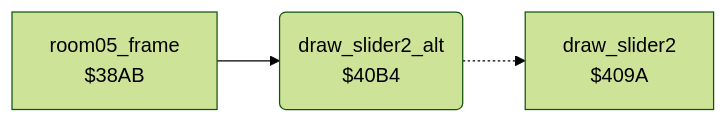
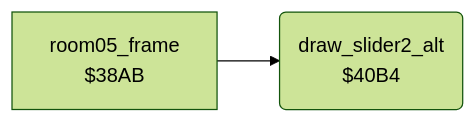
One commit to henols/c64_games changed the diagram in bruce_lee/docs/reference/modules/room/room_hazard_draw_40b4.md. Above: the diagram before and after it, drawn with Mermaid (forest theme). The commit also changed other lines of this file and 236 other files, not shown here.

````diff
--- a/bruce_lee/docs/reference/modules/room/room_hazard_draw_40b4.md
+++ b/bruce_lee/docs/reference/modules/room/room_hazard_draw_40b4.md
@@ -10,8 +16,6 @@
 ```mermaid
 flowchart LR
   n38ab["room05_frame<br/>$38AB"]
-  n409a["draw_slider2<br/>$409A"]
   n40b4("draw_slider2_alt<br/>$40B4")
   n38ab --> n40b4
-  n40b4 -.-> n409a
 ```
````
